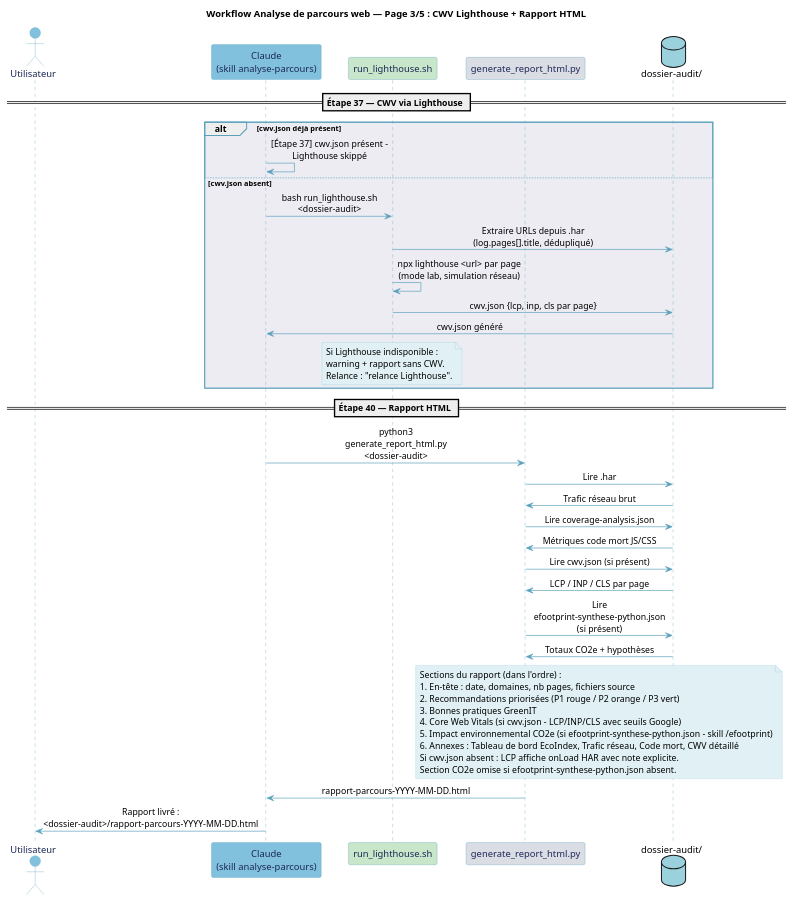
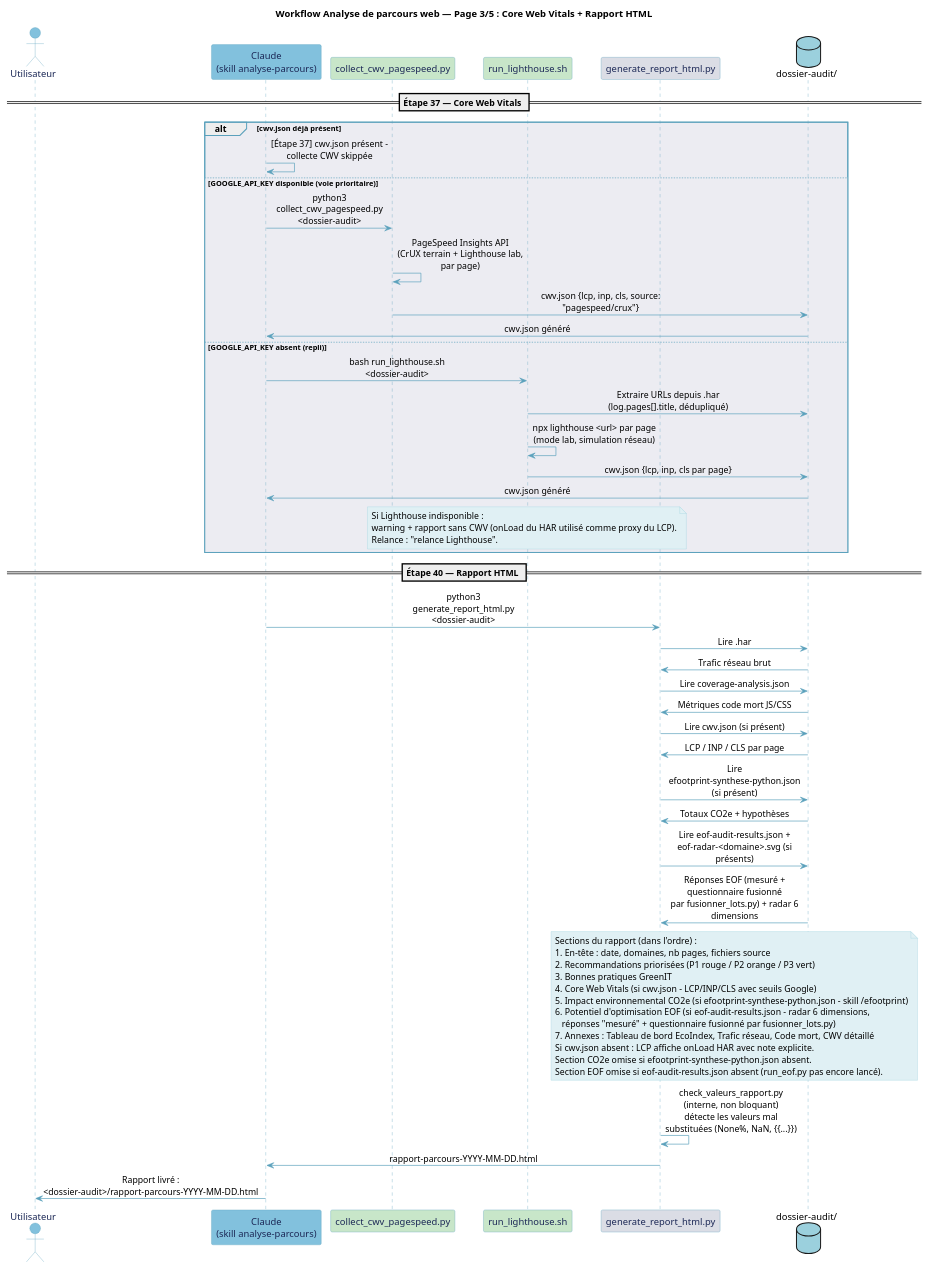
Before and after one commit to Boavizta/eroom: the diagram in documentation/diagrammes/analyse-parcours-p3.puml, drawn with PlantUML. The commit also changed 14 other files, not shown here.

Commit message:
docs(diagrammes): corrige 4 diagrammes perimes (HAR/CWV/EOF manquant) et ajoute la vue generale macro en palette OCTO

```diff
--- a/documentation/diagrammes/analyse-parcours-p3.puml
+++ b/documentation/diagrammes/analyse-parcours-p3.puml
@@ -1,75 +1,87 @@
 @startuml analyse-parcours-p3
-title Workflow Analyse de parcours web — Page 3/5 : CWV Lighthouse + Rapport HTML
+title Workflow Analyse de parcours web — Page 3/5 : Core Web Vitals + Rapport HTML
 
 skinparam backgroundColor #FFFFFF
 skinparam participant {
   BackgroundColor #E0F0F4
   BorderColor #5BA1BC
   FontColor #1C2856
 }
 skinparam actor {
   BackgroundColor #E0F0F4
   BorderColor #5BA1BC
   FontColor #1C2856
 }
 skinparam ArrowColor #5BA1BC
 skinparam SequenceLifeLineBorderColor #5BA1BC
 skinparam SequenceGroupBodyBackgroundColor #ECECF2
 skinparam SequenceGroupBorderColor #5BA1BC
 skinparam NoteBackgroundColor #E0F0F4
 skinparam NoteBorderColor #9BD0DD
 skinparam sequenceMessageAlign center
 skinparam maxMessageSize 200
 skinparam responseMessageBelowArrow true
 
 actor "Utilisateur" as U #82C1DD
 participant "Claude\n(skill analyse-parcours)" as C #82C1DD
+participant "collect_cwv_pagespeed.py" as CW #C8E6C9
 participant "run_lighthouse.sh" as LH #C8E6C9
 participant "generate_report_html.py" as GR #DBDDE5
 database "dossier-audit/" as FS #9BD0DD
 
-== Étape 37 — CWV via Lighthouse ==
+== Étape 37 — Core Web Vitals ==
 
 alt cwv.json déjà présent
-  C -> C : [Étape 37] cwv.json présent - Lighthouse skippé
-else cwv.json absent
+  C -> C : [Étape 37] cwv.json présent - collecte CWV skippée
+else GOOGLE_API_KEY disponible (voie prioritaire)
+  C -> CW : python3 collect_cwv_pagespeed.py <dossier-audit>
+  CW -> CW : PageSpeed Insights API\n(CrUX terrain + Lighthouse lab, par page)
+  CW -> FS : cwv.json {lcp, inp, cls, source: "pagespeed/crux"}
+  FS -> C : cwv.json généré
+else GOOGLE_API_KEY absent (repli)
   C -> LH : bash run_lighthouse.sh <dossier-audit>
   LH -> FS : Extraire URLs depuis .har\n(log.pages[].title, dédupliqué)
   LH -> LH : npx lighthouse <url> par page\n(mode lab, simulation réseau)
   LH -> FS : cwv.json {lcp, inp, cls par page}
   FS -> C : cwv.json généré
   note over LH
     Si Lighthouse indisponible :
-    warning + rapport sans CWV.
+    warning + rapport sans CWV (onLoad du HAR utilisé comme proxy du LCP).
     Relance : "relance Lighthouse".
   end note
 end
 
 == Étape 40 — Rapport HTML ==
 
 C -> GR : python3 generate_report_html.py <dossier-audit>
 GR -> FS : Lire .har
 FS -> GR : Trafic réseau brut
 GR -> FS : Lire coverage-analysis.json
 FS -> GR : Métriques code mort JS/CSS
 GR -> FS : Lire cwv.json (si présent)
 FS -> GR : LCP / INP / CLS par page
 GR -> FS : Lire efootprint-synthese-python.json (si présent)
 FS -> GR : Totaux CO2e + hypothèses
+GR -> FS : Lire eof-audit-results.json + eof-radar-<domaine>.svg (si présents)
+FS -> GR : Réponses EOF (mesuré + questionnaire fusionné\npar fusionner_lots.py) + radar 6 dimensions
 
 note over GR, FS
   Sections du rapport (dans l'ordre) :
   1. En-tête : date, domaines, nb pages, fichiers source
   2. Recommandations priorisées (P1 rouge / P2 orange / P3 vert)
   3. Bonnes pratiques GreenIT
   4. Core Web Vitals (si cwv.json - LCP/INP/CLS avec seuils Google)
   5. Impact environnemental CO2e (si efootprint-synthese-python.json - skill /efootprint)
-  6. Annexes : Tableau de bord EcoIndex, Trafic réseau, Code mort, CWV détaillé
+  6. Potentiel d'optimisation EOF (si eof-audit-results.json - radar 6 dimensions,
+     réponses "mesuré" + questionnaire fusionné par fusionner_lots.py)
+  7. Annexes : Tableau de bord EcoIndex, Trafic réseau, Code mort, CWV détaillé
   Si cwv.json absent : LCP affiche onLoad HAR avec note explicite.
   Section CO2e omise si efootprint-synthese-python.json absent.
+  Section EOF omise si eof-audit-results.json absent (run_eof.py pas encore lancé).
 end note
 
+GR -> GR : check_valeurs_rapport.py (interne, non bloquant)\ndétecte les valeurs mal substituées (None%, NaN, {{...}})
 GR -> C : rapport-parcours-YYYY-MM-DD.html
 C -> U : Rapport livré :\n<dossier-audit>/rapport-parcours-YYYY-MM-DD.html
 
 @enduml
```
